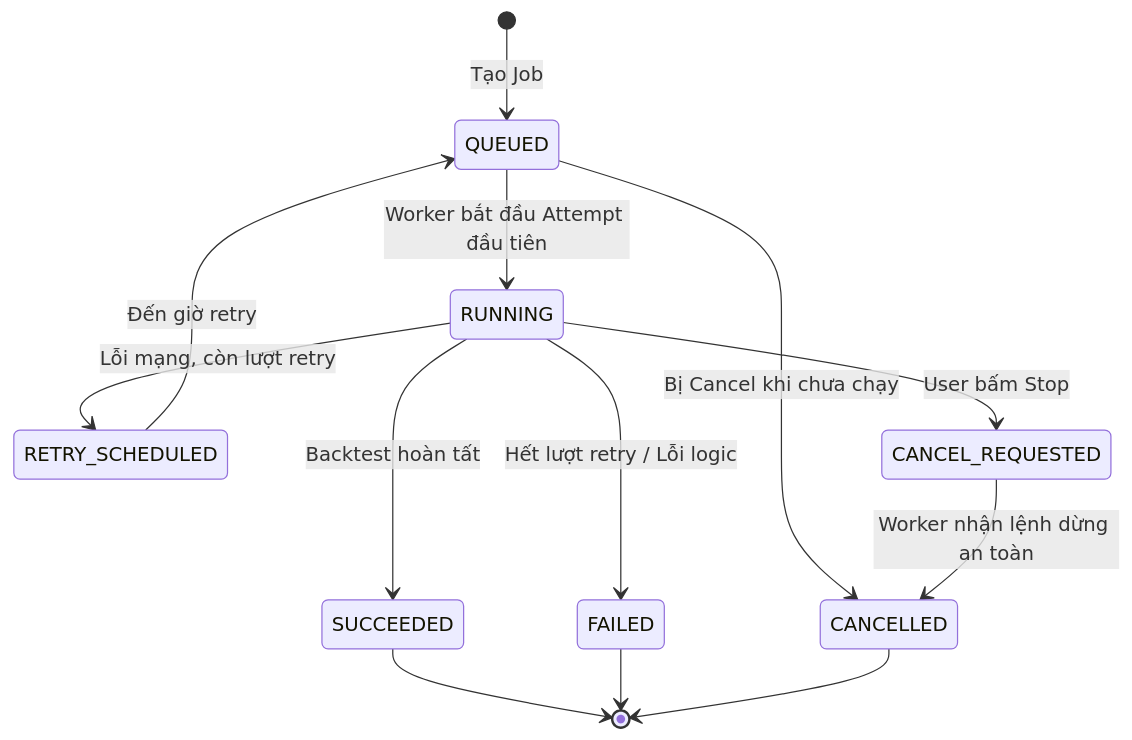
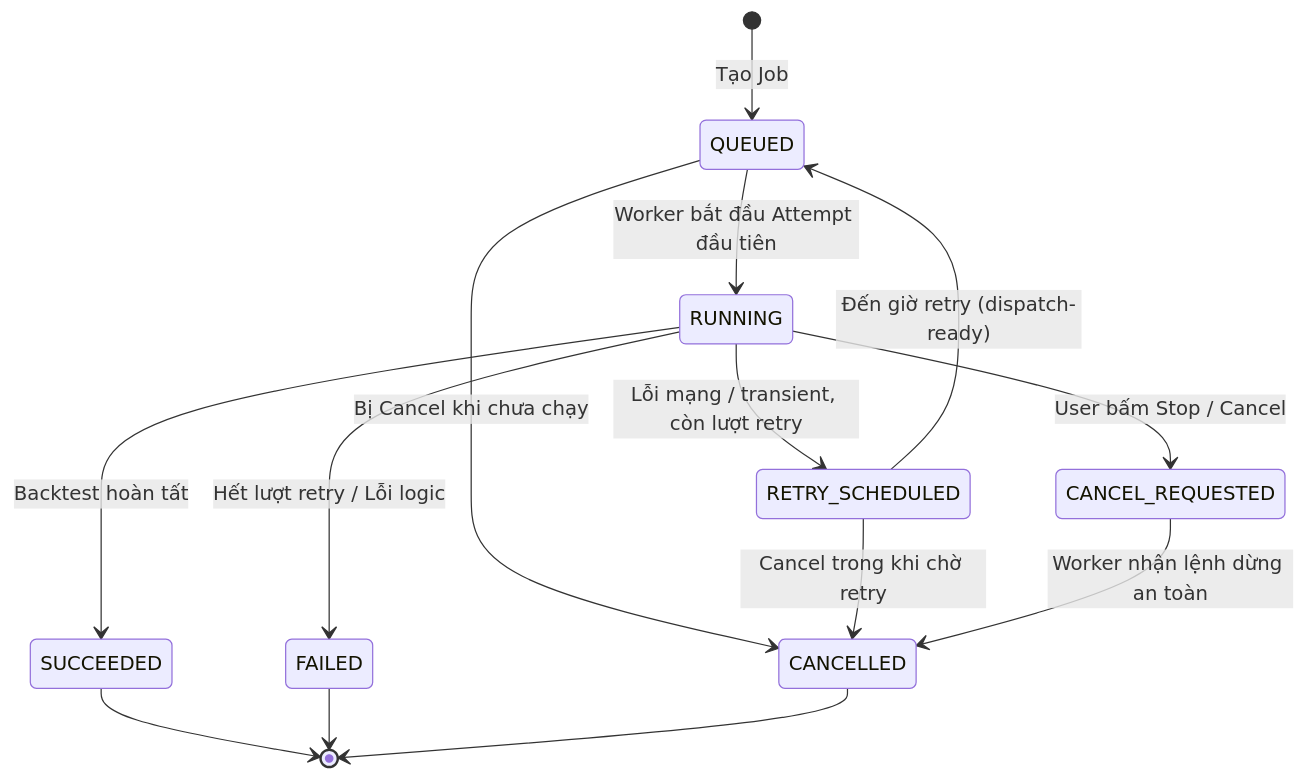
One commit to PhamVanMinhBinhThuan/crypto-strategy-platform changed the first of 2 diagrams in specs/005-durable-job-persistence/contracts/job-execution-attempt-contract.md. Above: the diagram before and after it, drawn with Mermaid. The commit also changed other lines of this file and 111 other files, not shown here.

````diff
--- a/specs/005-durable-job-persistence/contracts/job-execution-attempt-contract.md
+++ b/specs/005-durable-job-persistence/contracts/job-execution-attempt-contract.md
@@ -37,16 +35,17 @@
 ```mermaid
 stateDiagram-v2
     [*] --> QUEUED : Tạo Job
     QUEUED --> RUNNING : Worker bắt đầu Attempt đầu tiên
     RUNNING --> SUCCEEDED : Backtest hoàn tất
-    RUNNING --> RETRY_SCHEDULED : Lỗi mạng, còn lượt retry
-    RETRY_SCHEDULED --> QUEUED : Đến giờ retry
+    RUNNING --> RETRY_SCHEDULED : Lỗi mạng / transient, còn lượt retry
+    RETRY_SCHEDULED --> QUEUED : Đến giờ retry (dispatch-ready)
     RUNNING --> FAILED : Hết lượt retry / Lỗi logic
     QUEUED --> CANCELLED : Bị Cancel khi chưa chạy
-    RUNNING --> CANCEL_REQUESTED : User bấm Stop
+    RETRY_SCHEDULED --> CANCELLED : Cancel trong khi chờ retry
+    RUNNING --> CANCEL_REQUESTED : User bấm Stop / Cancel
     CANCEL_REQUESTED --> CANCELLED : Worker nhận lệnh dừng an toàn
     
     SUCCEEDED --> [*]
     FAILED --> [*]
     CANCELLED --> [*]
 ```
````
